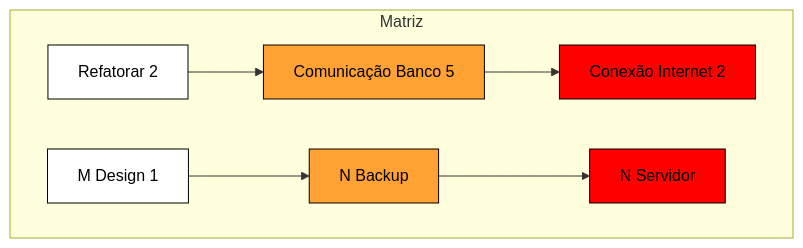
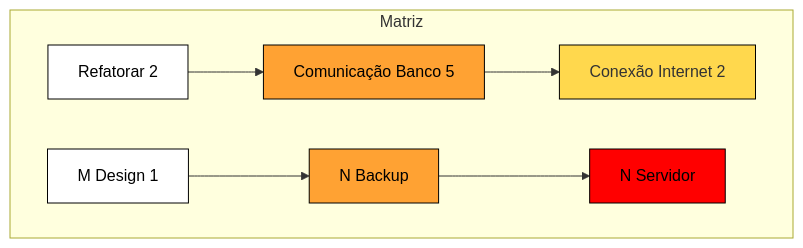
One commit to MaxPichy/teste_gannt3 changed the second of 2 diagrams in README.md. Above: the diagram before and after it, drawn with Mermaid.

````diff
--- a/README.md
+++ b/README.md
@@ -33,19 +33,20 @@
 ```mermaid
   graph TD
   subgraph Matriz
 
   A1["Refatorar 2"]:::branco-->
   A2["Comunicação Banco 5"]:::laranja-->
-  A3["Conexão Internet 2"]:::vermelho
+  A3["Conexão Internet 2"]:::amarelo
 
   B1["M Design 1"]:::branco-->
   B2["N Backup"]:::laranja-->
   B3["N Servidor"]:::vermelho
   end
   
   classDef branco color:#000, fill:#FFF, stroke:#000, stroke-width:1px;
+  classDef amarelo color#000, fill:#FFD84D, stroke:#000, stroke-width:1px;
   classDef laranja color:#000, fill:#FFA233, stroke:#000, stroke-width:1px;
   classDef vermelho color:#000, fill:#FF0000, stroke:#000, stroke-width:1px;
   
 
 ```
````
